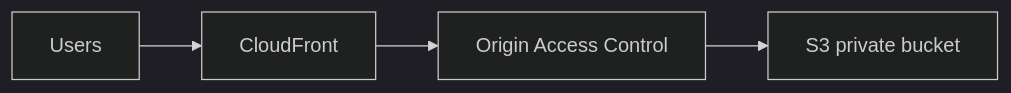
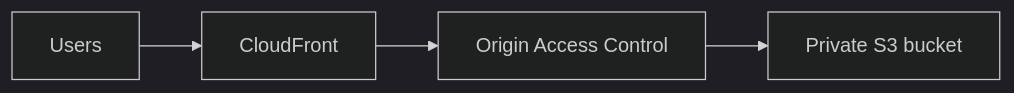
Before and after one commit to prakash16126/AWS-Documentation: the fifth of 6 diagrams in README.md, drawn with Mermaid (dark theme). The commit also changed other lines of this file, not shown here.

````diff
--- a/README.md
+++ b/README.md
@@ -1001,6 +730,6 @@
 ```mermaid
 flowchart LR
-    Users[Users] --> CloudFront[CloudFront]
-    CloudFront --> OAC[Origin Access Control]
-    OAC --> S3[S3 private bucket]
+    Users --> CF[CloudFront]
+    CF --> OAC[Origin Access Control]
+    OAC --> S3[Private S3 bucket]
 ```
````
